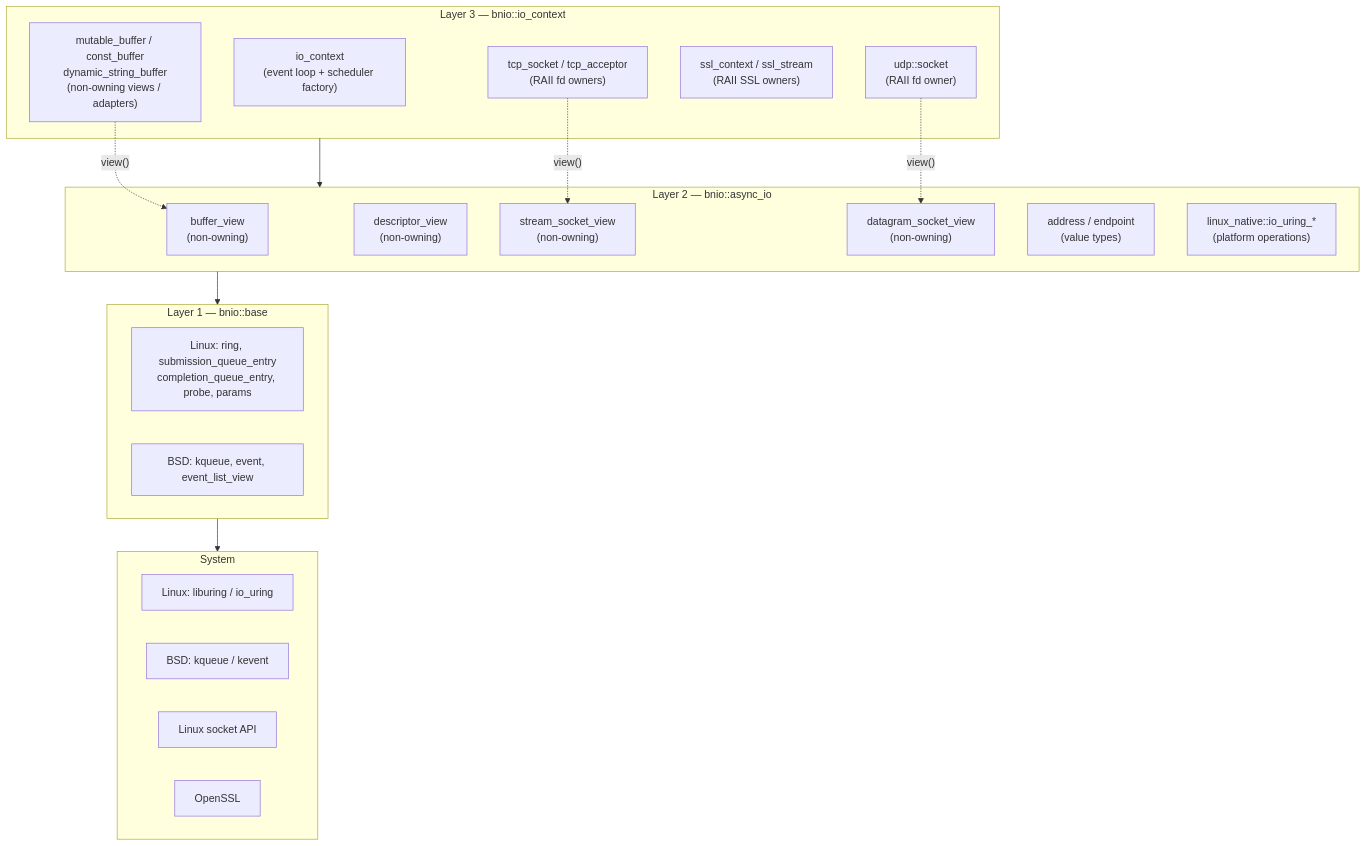
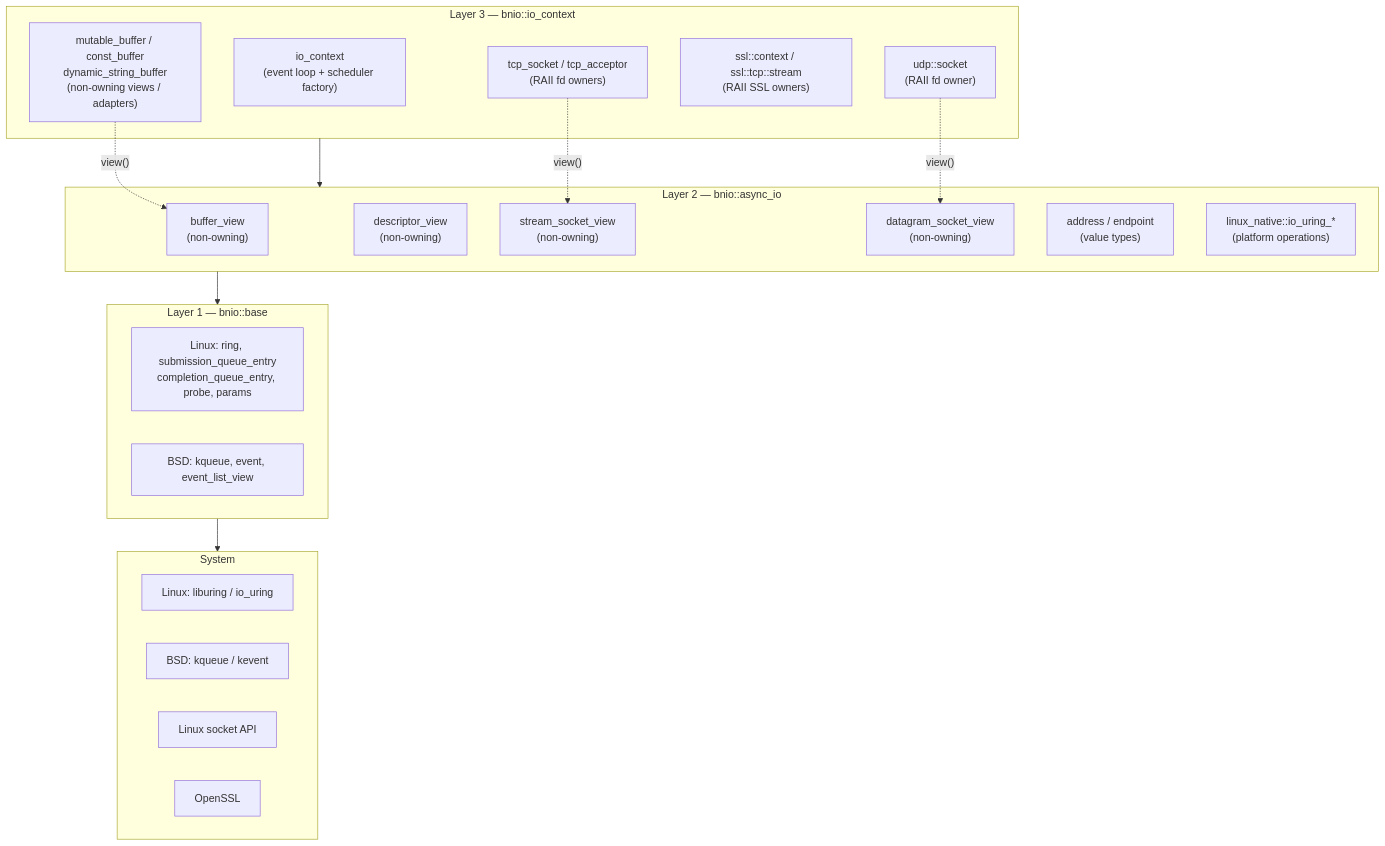
Before and after one commit to haomingbai/bnio: the first of 2 diagrams in docs/design/architecture/layers.md, drawn with Mermaid. The commit also changed other lines of this file and 3 other files, not shown here.

````diff
--- a/docs/design/architecture/layers.md
+++ b/docs/design/architecture/layers.md
@@ -3,38 +3,38 @@
 ```mermaid
 graph TB
     subgraph L3["Layer 3 — bnio::io_context"]
         C3_ctx["io_context<br/>(event loop + scheduler factory)"]
         C3_tcp["tcp_socket / tcp_acceptor<br/>(RAII fd owners)"]
         C3_udp["udp::socket<br/>(RAII fd owner)"]
-        C3_ssl["ssl_context / ssl_stream<br/>(RAII SSL owners)"]
+        C3_ssl["ssl::context / ssl::tcp::stream<br/>(RAII SSL owners)"]
         C3_buf["mutable_buffer / const_buffer<br/>dynamic_string_buffer<br/>(non-owning views / adapters)"]
     end
 
     subgraph L2["Layer 2 — bnio::async_io"]
         C2_buf["buffer_view<br/>(non-owning)"]
         C2_desc["descriptor_view<br/>(non-owning)"]
         C2_stream["stream_socket_view<br/>(non-owning)"]
         C2_datagram["datagram_socket_view<br/>(non-owning)"]
         C2_ip["address / endpoint<br/>(value types)"]
         C2_native["linux_native::io_uring_*<br/>(platform operations)"]
     end
 
     subgraph L1["Layer 1 — bnio::base"]
         C1_linux["Linux: ring, submission_queue_entry<br/>completion_queue_entry, probe, params"]
         C1_bsd["BSD: kqueue, event, event_list_view"]
     end
 
     subgraph SYS["System"]
         S1["Linux: liburing / io_uring"]
         S2["BSD: kqueue / kevent"]
         S3["Linux socket API"]
         S4["OpenSSL"]
     end
 
     L1 --> SYS
     L2 --> L1
     L3 --> L2
     C3_tcp -.->|"view()"| C2_stream
     C3_udp -.->|"view()"| C2_datagram
     C3_buf -.->|"view()"| C2_buf
 ```
````
